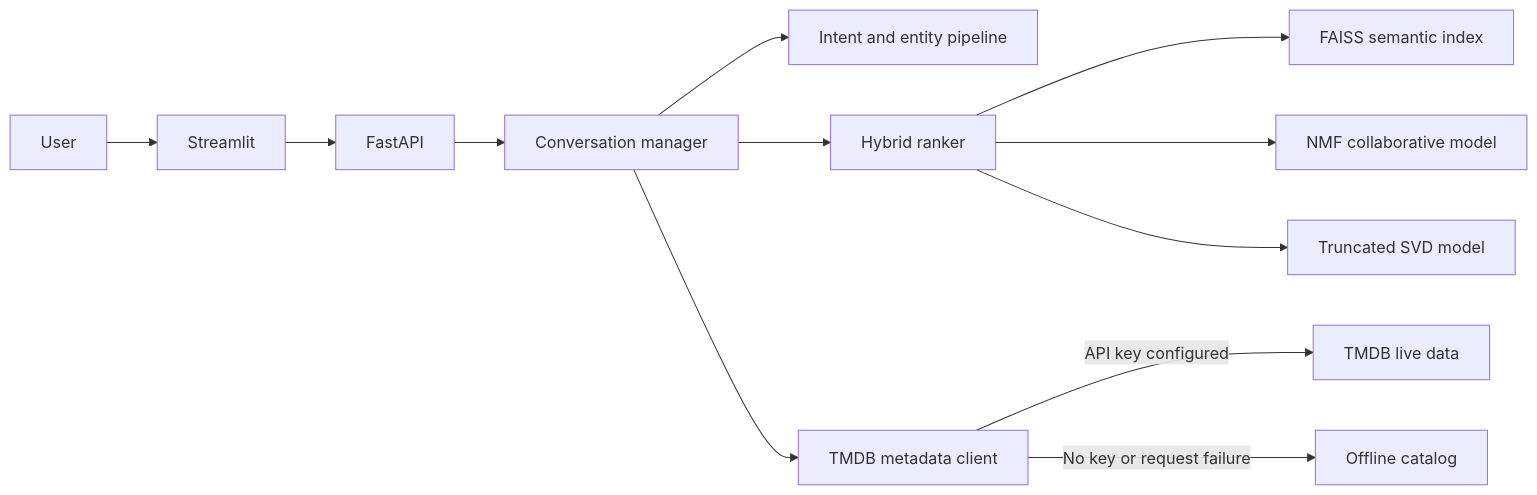
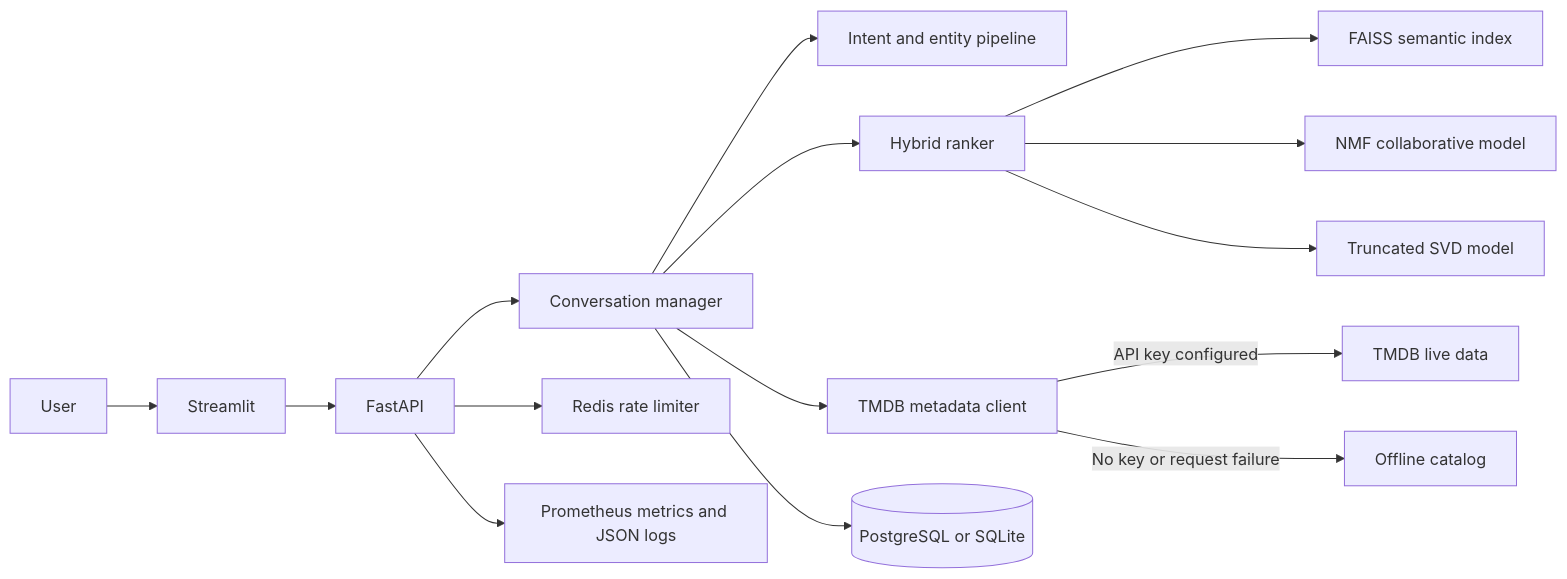
One commit to PranaPragada7/CineBot-NLP-Project changed the diagram in README.md. Above: the diagram before and after it, drawn with Mermaid. The commit also changed other lines of this file and 24 other files, not shown here.

````diff
--- a/README.md
+++ b/README.md
@@ -40,14 +46,17 @@
 ```mermaid
 flowchart LR
     U[User] --> UI[Streamlit]
     UI --> API[FastAPI]
     API --> C[Conversation manager]
     C --> NLP[Intent and entity pipeline]
     C --> R[Hybrid ranker]
     R --> F[FAISS semantic index]
     R --> N[NMF collaborative model]
     R --> S[Truncated SVD model]
     C --> T[TMDB metadata client]
+    C --> DB[(PostgreSQL or SQLite)]
+    API --> RL[Redis rate limiter]
+    API --> M[Prometheus metrics and JSON logs]
     T -->|API key configured| L[TMDB live data]
     T -->|No key or request failure| O[Offline catalog]
 ```
````
